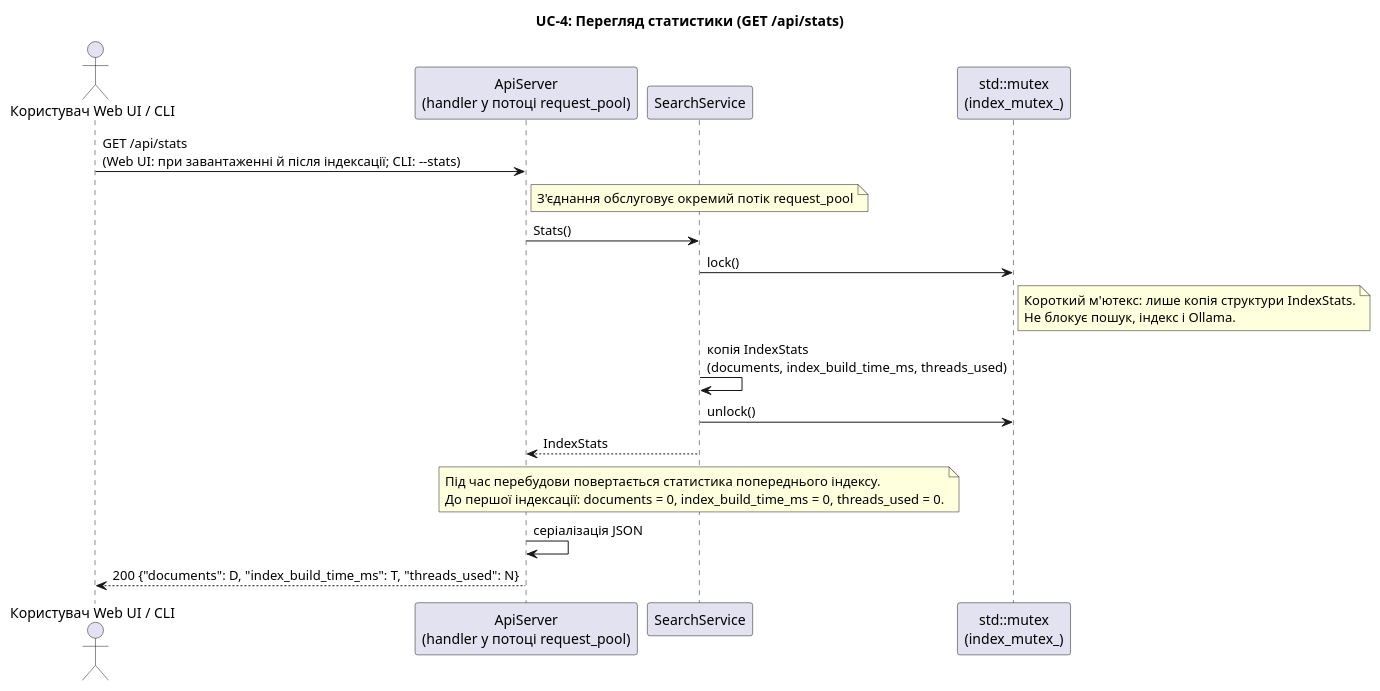
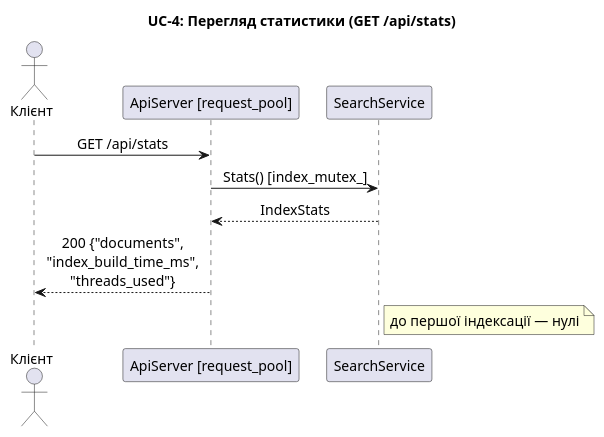
One commit to DariaMelnyk0206/course_work_parallel_computing changed the diagram in docs/uml/sequence_uc4_stats.puml. Above: the diagram before and after it, drawn with PlantUML. The commit also changed 18 other files, not shown here.

Commit message:
docs(uml): make all diagrams readable

```diff
--- a/docs/uml/sequence_uc4_stats.puml
+++ b/docs/uml/sequence_uc4_stats.puml
@@ -1,28 +1,15 @@
 @startuml sequence_uc4_stats
 title UC-4: Перегляд статистики (GET /api/stats)
-skinparam responseMessageBelowArrow true
-actor "Користувач Web UI / CLI" as User
-participant "ApiServer\n(handler у потоці request_pool)" as Api
-participant "SearchService" as Svc
-participant "std::mutex\n(index_mutex_)" as Mtx
-
-User -> Api : GET /api/stats\n(Web UI: при завантаженні й після індексації; CLI: --stats)
-note right of Api
-  З'єднання обслуговує окремий потік request_pool
-end note
-Api -> Svc : Stats()
-Svc -> Mtx : lock()
-note right of Mtx
-  Короткий м'ютекс: лише копія структури IndexStats.
-  Не блокує пошук, індекс і Ollama.
-end note
-Svc -> Svc : копія IndexStats\n(documents, index_build_time_ms, threads_used)
-Svc -> Mtx : unlock()
-Svc --> Api : IndexStats
-note over Svc
-  Під час перебудови повертається статистика попереднього індексу.
-  До першої індексації: documents = 0, index_build_time_ms = 0, threads_used = 0.
-end note
-Api -> Api : серіалізація JSON
-Api --> User : 200 {"documents": D, "index_build_time_ms": T, "threads_used": N}
+skinparam shadowing false
+skinparam sequenceMessageAlign center
+skinparam defaultFontSize 14
+skinparam maxMessageSize 260
+actor "Клієнт" as C
+participant "ApiServer [request_pool]" as A
+participant SearchService as S
+C -> A : GET /api/stats
+A -> S : Stats() [index_mutex_]
+S --> A : IndexStats
+A --> C : 200 {"documents", "index_build_time_ms", "threads_used"}
+note right of S : до першої індексації — нулі
 @enduml
```
